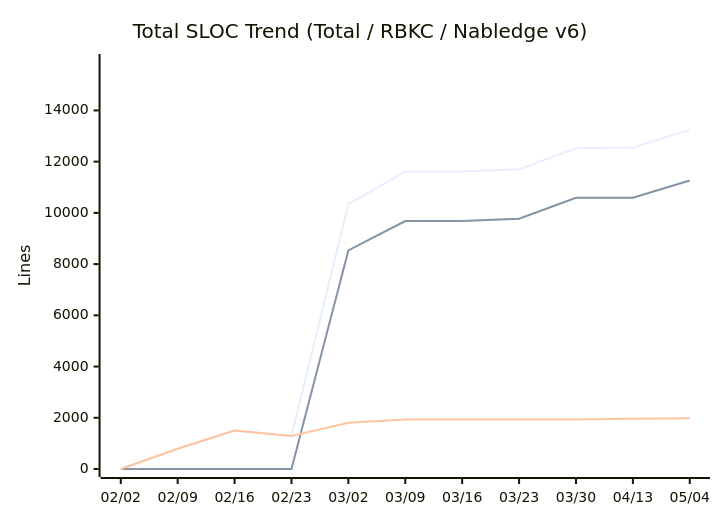
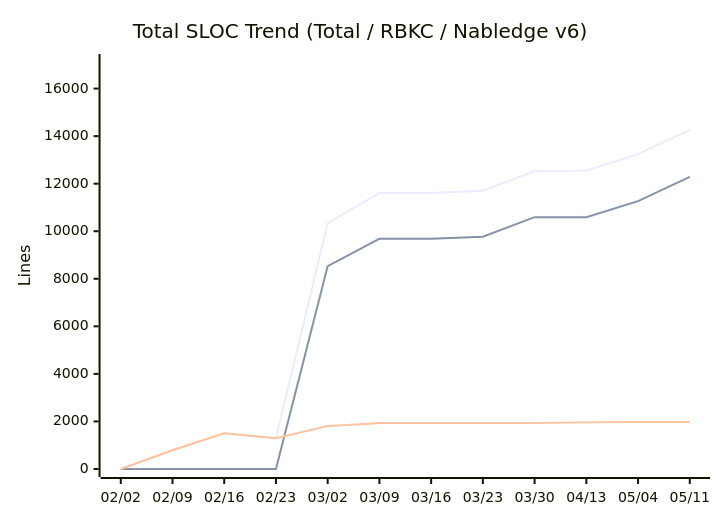
One commit to nablarch/nabledge-dev changed the eighth of 14 diagrams in docs/metrics.md. Above: the diagram before and after it, drawn with Mermaid. The commit also changed other lines of this file and 2 other files, not shown here.

````diff
--- a/docs/metrics.md
+++ b/docs/metrics.md
@@ -121,9 +121,9 @@
 ```mermaid
 xychart-beta
   title "Total SLOC Trend (Total / RBKC / Nabledge v6)"
-  x-axis ["02/02", "02/09", "02/16", "02/23", "03/02", "03/09", "03/16", "03/23", "03/30", "04/13", "05/04"]
-  y-axis "Lines" 0 --> 15891
-  line [0, 789, 1503, 1293, 10339, 11613, 11613, 11704, 12523, 12553, 13242]
-  line [0, 0, 0, 0, 8533, 9682, 9682, 9773, 10592, 10592, 11264]
-  line [0, 789, 1503, 1293, 1806, 1931, 1931, 1931, 1931, 1961, 1978]
+  x-axis ["02/02", "02/09", "02/16", "02/23", "03/02", "03/09", "03/16", "03/23", "03/30", "04/13", "05/04", "05/11"]
+  y-axis "Lines" 0 --> 17118
+  line [0, 789, 1503, 1293, 10339, 11613, 11613, 11704, 12523, 12553, 13242, 14265]
+  line [0, 0, 0, 0, 8533, 9682, 9682, 9773, 10592, 10592, 11264, 12287]
+  line [0, 789, 1503, 1293, 1806, 1931, 1931, 1931, 1931, 1961, 1978, 1978]
 ```
````
